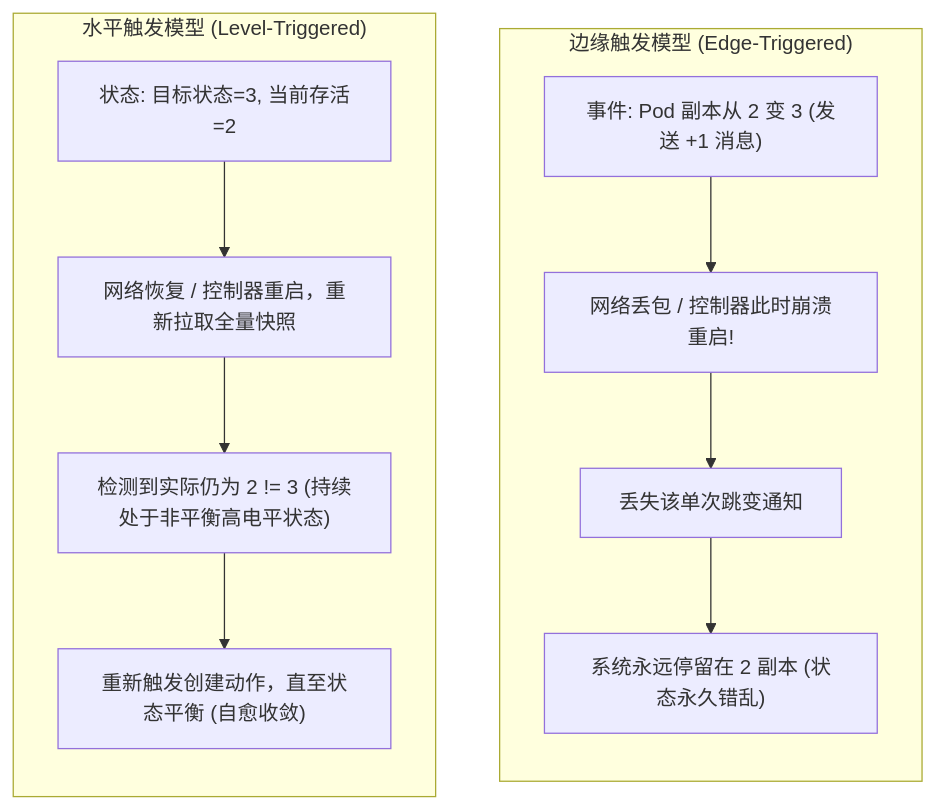
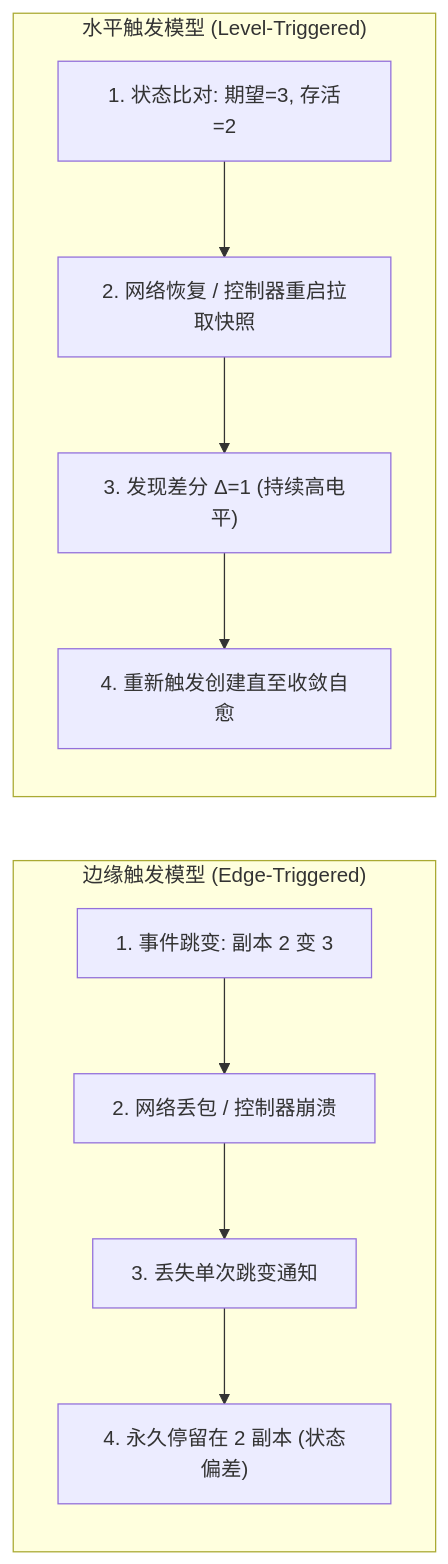
One commit to MoreConsequence/MoreConsequence.github.io changed the fifth of 8 diagrams in content/posts/kubernetes-internals/k8s-02-architecture-declarative-api-control-loop.md. Above: the diagram before and after it, drawn with Mermaid. The commit also changed other lines of this file and 835 other files, not shown here.

First line of the commit message:
feat(blog): 全站33篇新增深度专栏与博文全量审核上线及矢量图表优化

````diff
--- a/content/posts/kubernetes-internals/k8s-02-architecture-declarative-api-control-loop.md
+++ b/content/posts/kubernetes-internals/k8s-02-architecture-declarative-api-control-loop.md
@@ -195,20 +195,14 @@
 ```mermaid
-flowchart TD
+flowchart LR
     subgraph Edge["边缘触发模型 (Edge-Triggered)"]
         direction TB
-        E1["事件: Pod 副本从 2 变 3 (发送 +1 消息)"]
-        E2["网络丢包 / 控制器此时崩溃重启!"]
-        E3["丢失该单次跳变通知"]
-        E4["系统永远停留在 2 副本 (状态永久错乱)"]
-        E1 --> E2 --> E3 --> E4
+        E1["1. 事件跳变: 副本 2 变 3"] --> E2["2. 网络丢包 / 控制器崩溃"]
+        E2 --> E3["3. 丢失单次跳变通知"] --> E4["4. 永久停留在 2 副本 (状态偏差)"]
     end
 
     subgraph Level["水平触发模型 (Level-Triggered)"]
         direction TB
-        L1["状态: 目标状态=3, 当前存活=2"]
-        L2["网络恢复 / 控制器重启，重新拉取全量快照"]
-        L3["检测到实际仍为 2 != 3 (持续处于非平衡高电平状态)"]
-        L4["重新触发创建动作，直至状态平衡 (自愈收敛)"]
-        L1 --> L2 --> L3 --> L4
+        L1["1. 状态比对: 期望=3, 存活=2"] --> L2["2. 网络恢复 / 控制器重启拉取快照"]
+        L2 --> L3["3. 发现差分 Δ=1 (持续高电平)"] --> L4["4. 重新触发创建直至收敛自愈"]
     end
 ```
````
